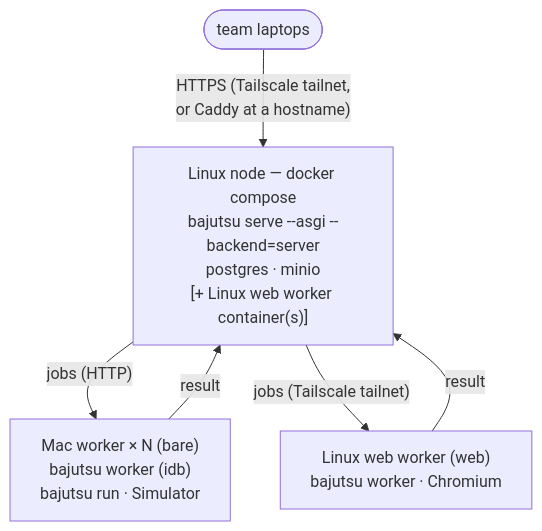
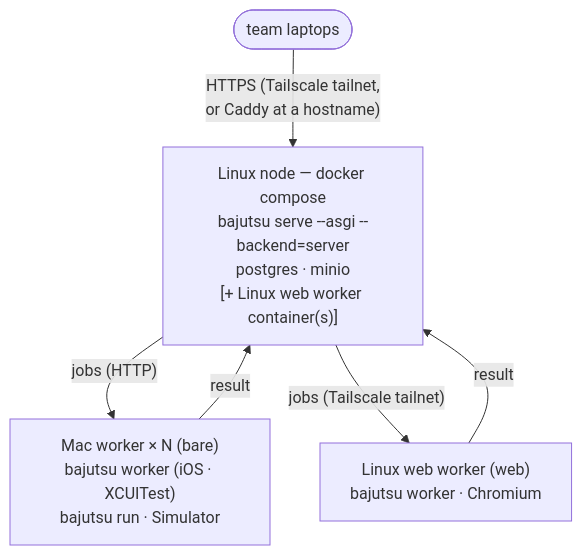
Before and after one commit to bajutsu-e2e/bajutsu: the diagram in docs/self-hosting.md, drawn with Mermaid. The commit also changed other lines of this file and 244 other files, not shown here.

First line of the commit message:
feat(ios): make XCUITest the default iOS backend and remove idb

````diff
--- a/docs/self-hosting.md
+++ b/docs/self-hosting.md
@@ -250,13 +251,13 @@
 ```mermaid
 flowchart TB
     laptops(["team laptops"])
     control["Linux node — docker compose<br/>bajutsu serve --asgi --backend=server<br/>postgres · minio<br/>[+ Linux web worker container(s)]"]
-    macWorker["Mac worker × N (bare)<br/>bajutsu worker (idb)<br/>bajutsu run · Simulator"]
+    macWorker["Mac worker × N (bare)<br/>bajutsu worker (iOS · XCUITest)<br/>bajutsu run · Simulator"]
     webWorker["Linux web worker (web)<br/>bajutsu worker · Chromium"]
 
     laptops -->|"HTTPS (Tailscale tailnet,<br/>or Caddy at a hostname)"| control
     control -->|"jobs (HTTP)"| macWorker
     macWorker -->|result| control
     control -->|"jobs (Tailscale tailnet)"| webWorker
     webWorker -->|result| control
 ```
````
